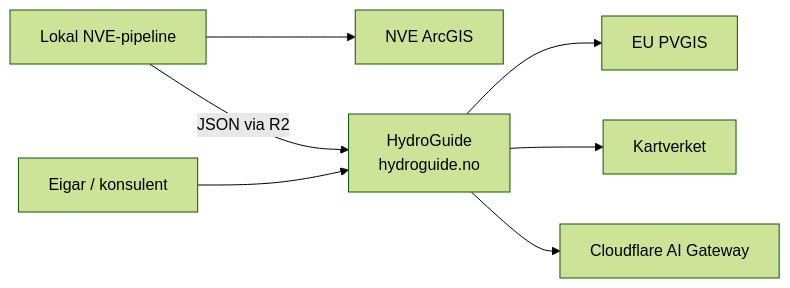
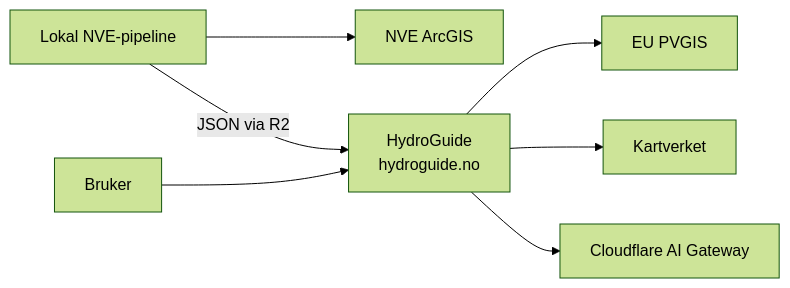
Before and after one commit to nikolsen1234-bit/hydroguide: the diagram in README.md, drawn with Mermaid (forest theme). The commit also changed other lines of this file and 9 other files, not shown here.

````diff
--- a/README.md
+++ b/README.md
@@ -9,16 +9,16 @@
 ```mermaid
 flowchart LR
-    bruker[Eigar / konsulent]
+    bruker[Bruker]
     nve[NVE ArcGIS]
     pvgis[EU PVGIS]
     kart[Kartverket]
     aigw[Cloudflare AI Gateway]
 
     bruker --> hg[HydroGuide<br/>hydroguide.no]
     hg --> pvgis
     hg --> kart
     hg --> aigw
 
     pipeline[Lokal NVE-pipeline] --> nve
     pipeline -->|JSON via R2| hg
 ```
````
